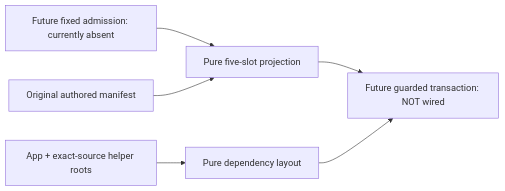
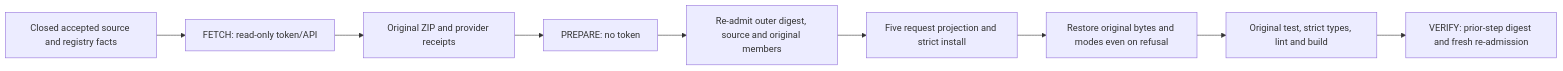
The diagram in scripts/prepare-ci-dependencies/README.md (footprintjs/agent-playground), drawn with Mermaid before and after one commit. The commit also changed other lines of this file and 28 other files, not shown here.

Commit message:
Add guarded native source-input transaction pending Lens policy

````diff
--- a/scripts/prepare-ci-dependencies/README.md
+++ b/scripts/prepare-ci-dependencies/README.md
@@ -26,8 +13,11 @@
 ```mermaid
 flowchart LR
-  admitted[Future fixed admission: currently absent] --> projection[Pure five-slot projection]
-  authored[Original authored manifest] --> projection
-  roots[App + exact-source helper roots] --> namespaces[Pure dependency layout]
-  projection --> future[Future guarded transaction: NOT wired]
-  namespaces --> future
+  fixed[Closed accepted source and registry facts] --> fetch[FETCH: read-only token/API]
+  fetch --> data[Original ZIP and provider receipts]
+  data --> prepare[PREPARE: no token]
+  prepare --> admit[Re-admit outer digest, source and original members]
+  admit --> temporary[Five request projection and strict install]
+  temporary --> restore[Restore original bytes and modes even on refusal]
+  restore --> gates[Original test, strict types, lint and build]
+  gates --> verify[VERIFY: prior-step digest and fresh re-admission]
 ```
````
